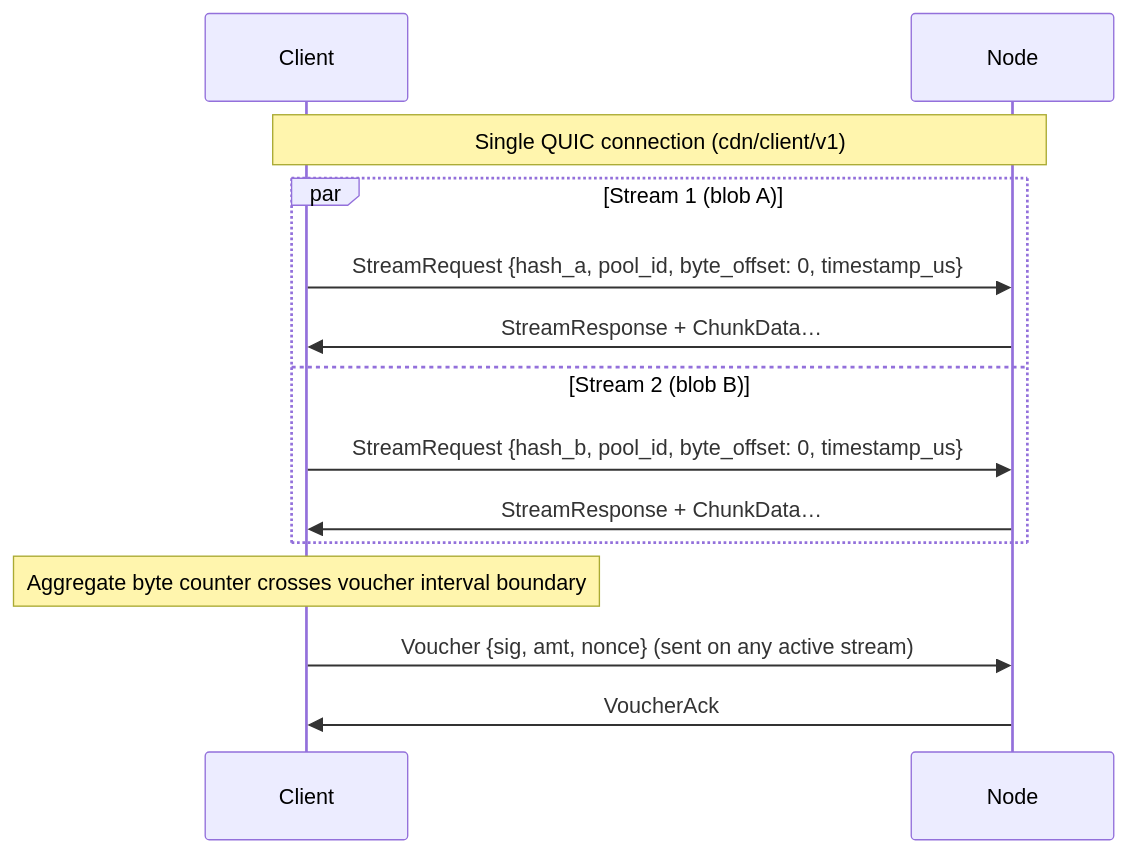
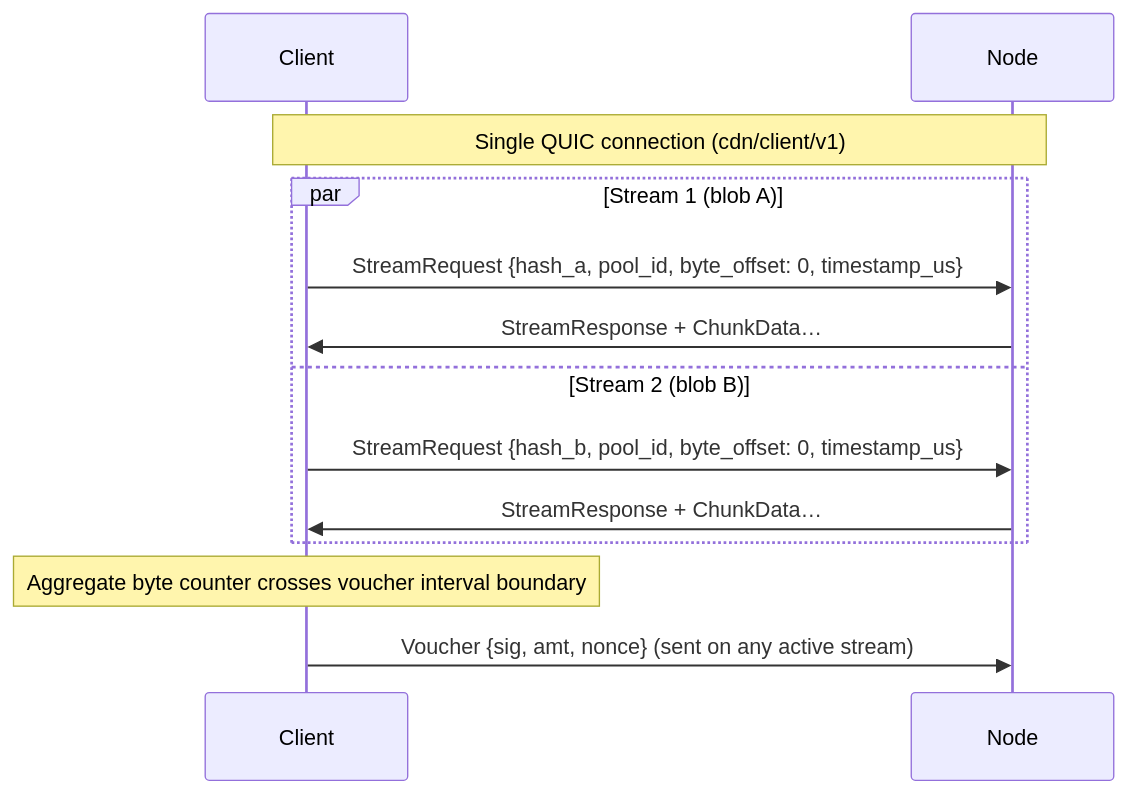
The third of 3 diagrams in adr/005-protocol.md (decdn/decdn), drawn with Mermaid before and after one commit. The commit also changed other lines of this file and 3 other files, not shown here.

First line of the commit message:
docs(adr): remove VoucherAck entirely

````diff
--- a/adr/005-protocol.md
+++ b/adr/005-protocol.md
@@ -227,19 +226,18 @@
 ```mermaid
 sequenceDiagram
     participant C as Client
     participant N as Node
 
     Note over C,N: Single QUIC connection (cdn/client/v1)
 
     par Stream 1 (blob A)
         C->>N: StreamRequest {hash_a, pool_id, byte_offset: 0, timestamp_us}
         N->>C: StreamResponse + ChunkData…
     and Stream 2 (blob B)
         C->>N: StreamRequest {hash_b, pool_id, byte_offset: 0, timestamp_us}
         N->>C: StreamResponse + ChunkData…
     end
 
     Note over C: Aggregate byte counter crosses voucher interval boundary
     C->>N: Voucher {sig, amt, nonce} (sent on any active stream)
-    N->>C: VoucherAck
 ```
````
